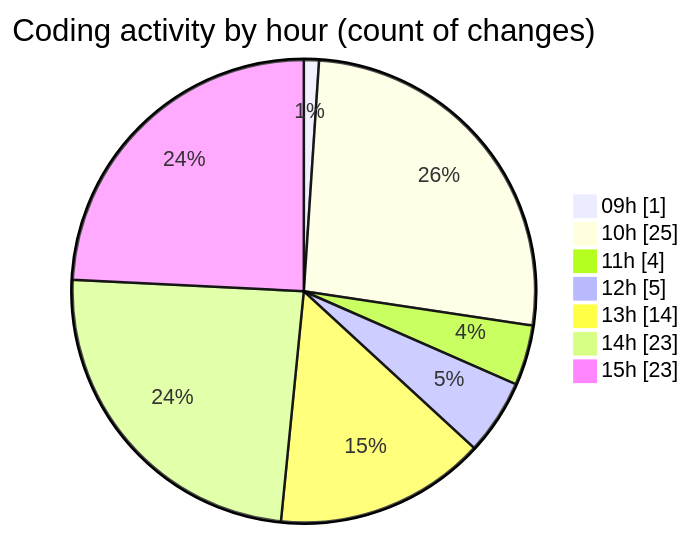
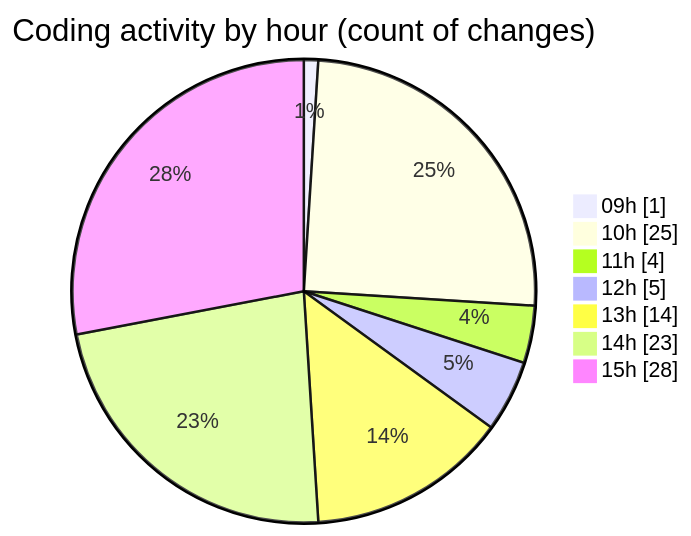
The second of 2 diagrams in 2025-11-17/eventscop-frontend-guide__workspace_/README.md (julien-gomy/code-tracking), drawn with Mermaid before and after one commit. The commit also changed other lines of this file and 1 other file, not shown here.

````diff
--- a/2025-11-17/eventscop-frontend-guide__workspace_/README.md
+++ b/2025-11-17/eventscop-frontend-guide__workspace_/README.md
@@ -55,11 +55,11 @@
 ```mermaid
 pie showData
 title Coding activity by hour (count of changes)
 "09h" : 1
 "10h" : 25
 "11h" : 4
 "12h" : 5
 "13h" : 14
 "14h" : 23
-"15h" : 23
+"15h" : 28
 ```
````
